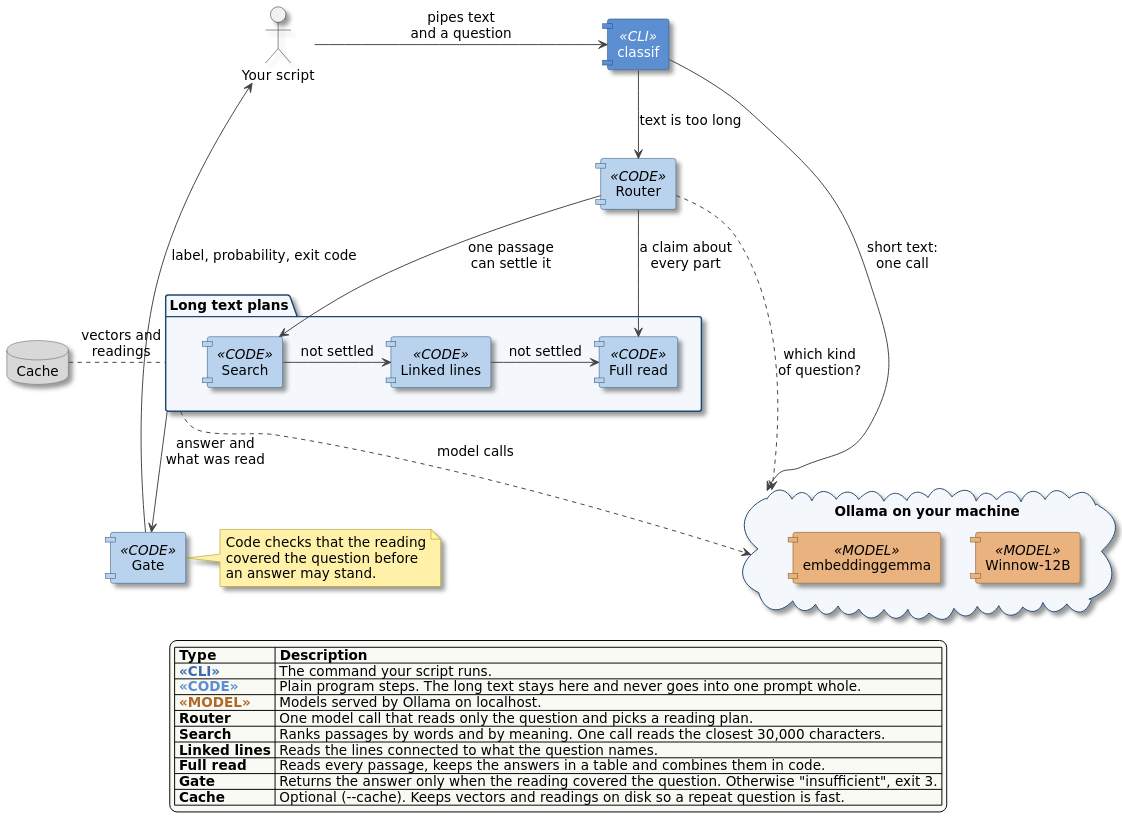
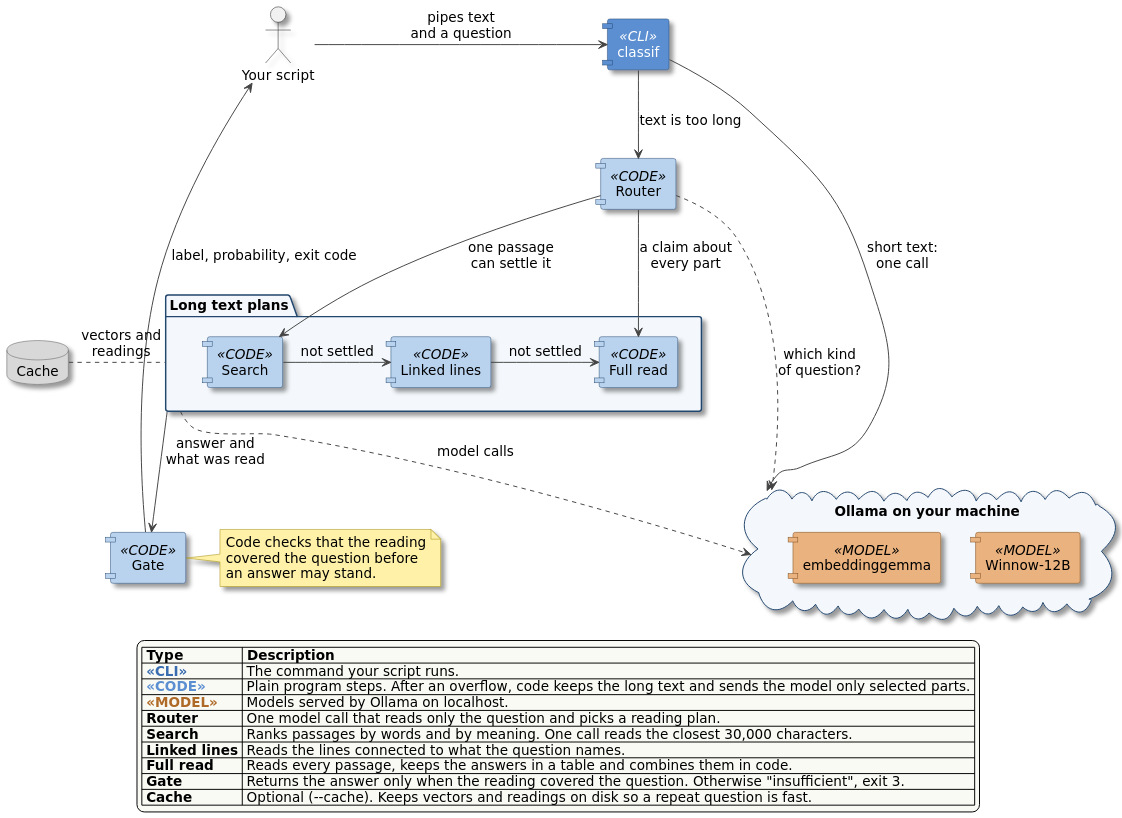
The diagram in blog/_media/diagrams/classif-components.puml (Piotr1215/cloudrumble), drawn with PlantUML before and after one commit. The commit also changed 6 other files, not shown here.

```diff
--- a/blog/_media/diagrams/classif-components.puml
+++ b/blog/_media/diagrams/classif-components.puml
@@ -1,93 +1,93 @@
 @startuml classif-components
 skinparam dpi 150
 skinparam shadowing true
 skinparam defaultFontName "DejaVu Sans"
 skinparam defaultFontSize 14
 skinparam ArrowColor #444444
 skinparam componentStyle uml1
 skinparam component {
   BackgroundColor<<CLI>> #5B8FD1
   BorderColor<<CLI>> #23466E
   FontColor<<CLI>> #FFFFFF
   StereotypeFontColor<<CLI>> #FFFFFF
   BackgroundColor<<CODE>> #B9D3EE
   BorderColor<<CODE>> #23466E
   BackgroundColor<<MODEL>> #E9B27E
   BorderColor<<MODEL>> #7A4A1E
 }
 skinparam database {
   BackgroundColor #D8D8D8
   BorderColor #555555
 }
 skinparam interface {
   BackgroundColor #FFFFFF
   BorderColor #555555
 }
 skinparam note {
   BackgroundColor #FFF2A8
   BorderColor #9C8500
 }
 skinparam legend {
   BackgroundColor #FAFAF5
 }
 skinparam cloud {
   BackgroundColor #FBF4EC
   BorderColor #7A4A1E
 }
 skinparam package {
   BackgroundColor #F4F8FC
   BorderColor #23466E
 }
 
 actor "Your script" as dev
 
 component "classif" <<CLI>> as cli
 component "Router" <<CODE>> as router
 
 package "Long text plans" as plans {
   component "Search" <<CODE>> as search
   component "Linked lines" <<CODE>> as linked
   component "Full read" <<CODE>> as full
 }
 
 component "Gate" <<CODE>> as gate
 
 cloud "Ollama on your machine" as ollama {
   component "Winnow-12B" <<MODEL>> as judge
   component "embeddinggemma" <<MODEL>> as embed
 }
 
 database "Cache" as cache
 
 dev -right-> cli : pipes text\nand a question
 cli -right-> ollama : short text:\none call
 cli -down-> router : text is too long
 router -down-> search : one passage\ncan settle it
 router -down-> full : a claim about\nevery part
 search -right-> linked : not settled
 linked -right-> full : not settled
 plans -down-> gate : answer and\nwhat was read
 gate -left-> dev : label, probability, exit code
 router ..> ollama : which kind\nof question?
 plans ..> ollama : model calls
 plans .left. cache : vectors and\nreadings
 
 note right of gate
   Code checks that the reading
   covered the question before
   an answer may stand.
 end note
 
 legend bottom
   |= Type |= Description |
   | <color:#3A6DB0><b><<CLI>></b></color> | The command your script runs. |
-  | <color:#5B8FD1><b><<CODE>></b></color> | Plain program steps. The long text stays here and never goes into one prompt whole. |
+  | <color:#5B8FD1><b><<CODE>></b></color> | Plain program steps. After an overflow, code keeps the long text and sends the model only selected parts. |
   | <color:#B06A28><b><<MODEL>></b></color> | Models served by Ollama on localhost. |
   | <b>Router</b> | One model call that reads only the question and picks a reading plan. |
   | <b>Search</b> | Ranks passages by words and by meaning. One call reads the closest 30,000 characters. |
   | <b>Linked lines</b> | Reads the lines connected to what the question names. |
   | <b>Full read</b> | Reads every passage, keeps the answers in a table and combines them in code. |
   | <b>Gate</b> | Returns the answer only when the reading covered the question. Otherwise "insufficient", exit 3. |
   | <b>Cache</b> | Optional (--cache). Keeps vectors and readings on disk so a repeat question is fast. |
 endlegend
 @enduml
```
